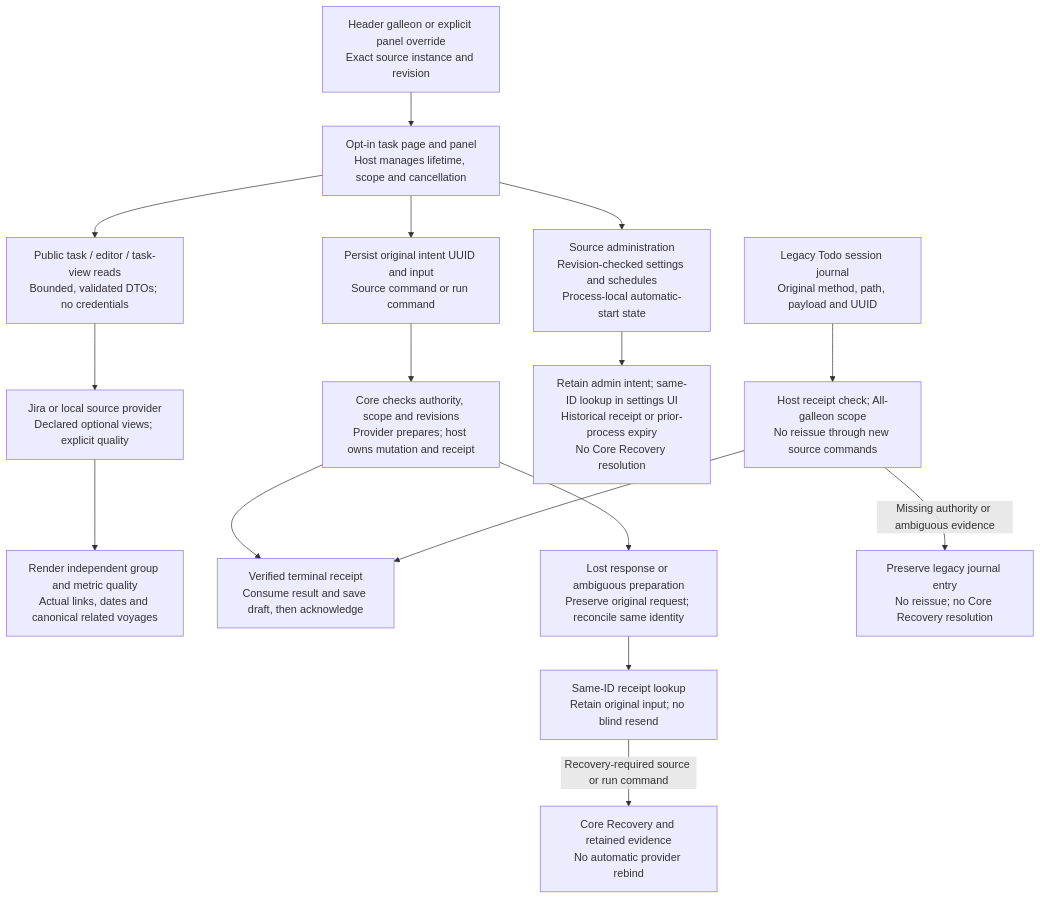
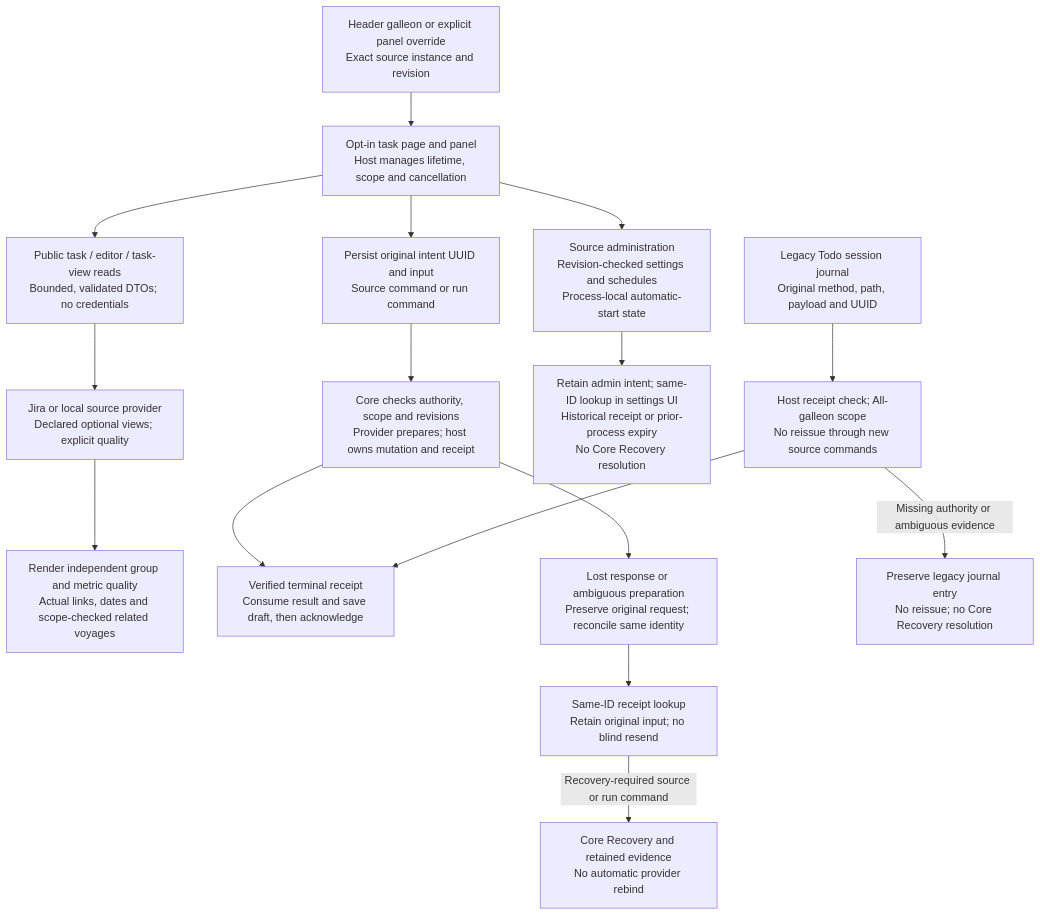
The first of 4 diagrams in docs/helmsman-process.md (nloehlein-godaddy/helmsman), drawn with Mermaid before and after one commit. The commit also changed other lines of this file and 12 other files, not shown here.

````diff
--- a/docs/helmsman-process.md
+++ b/docs/helmsman-process.md
@@ -11,18 +11,18 @@
 ```mermaid
 flowchart TD
     Scope[Header galleon or explicit panel override<br/>Exact source instance and revision] --> Panel[Opt-in task page and panel<br/>Host manages lifetime, scope and cancellation]
     Panel --> Reads[Public task / editor / task-view reads<br/>Bounded, validated DTOs; no credentials]
     Reads --> Provider[Jira or local source provider<br/>Declared optional views; explicit quality]
-    Provider --> Display[Render independent group and metric quality<br/>Actual links, dates and canonical related voyages]
+    Provider --> Display[Render independent group and metric quality<br/>Actual links, dates and scope-checked related voyages]
     Panel --> Intent[Persist original intent UUID and input<br/>Source command or run command]
     Intent --> Core[Core checks authority, scope and revisions<br/>Provider prepares; host owns mutation and receipt]
     Core --> Accepted[Verified terminal receipt<br/>Consume result and save draft, then acknowledge]
     Core --> Uncertain[Lost response or ambiguous preparation<br/>Preserve original request; reconcile same identity]
     Uncertain --> Lookup[Same-ID receipt lookup<br/>Retain original input; no blind resend]
     Lookup -->|Recovery-required source or run command| Recovery[Core Recovery and retained evidence<br/>No automatic provider rebind]
     Panel --> Admin[Source administration<br/>Revision-checked settings and schedules<br/>Process-local automatic-start state]
     Admin --> AdminLookup[Retain admin intent; same-ID lookup in settings UI<br/>Historical receipt or prior-process expiry<br/>No Core Recovery resolution]
     Legacy[Legacy Todo session journal<br/>Original method, path, payload and UUID] --> Check[Host receipt check; All-galleon scope<br/>No reissue through new source commands]
     Check --> Accepted
     Check -->|Missing authority or ambiguous evidence| Preserve[Preserve legacy journal entry<br/>No reissue; no Core Recovery resolution]
 ```
````
